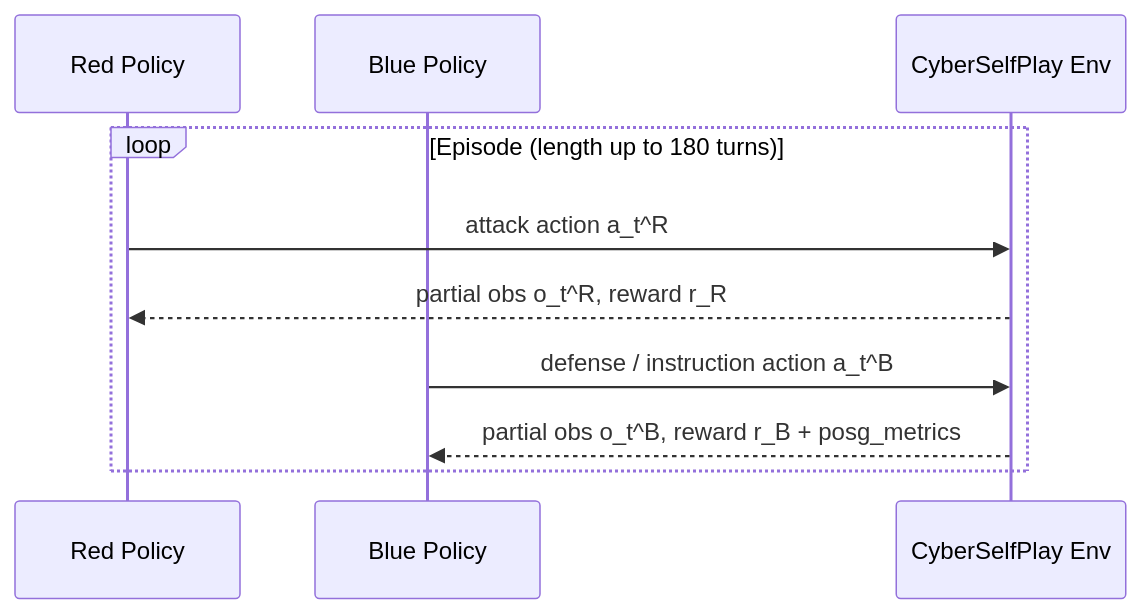
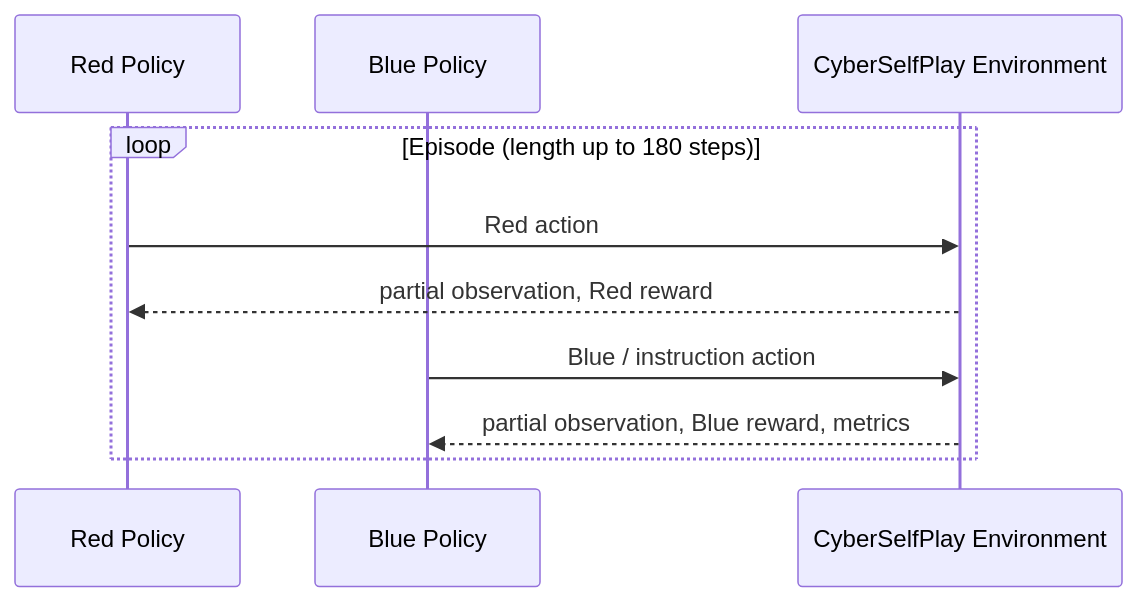
One commit to harshitnitjsr/cyberselfplay-env changed the second of 2 diagrams in README.md. Above: the diagram before and after it, drawn with Mermaid. The commit also changed other lines of this file and 2 other files, not shown here.

Commit message:
cyberselfplay-env

````diff
--- a/README.md
+++ b/README.md
@@ -116,12 +289,12 @@
 ```mermaid
 sequenceDiagram
     participant Red as Red Policy
     participant Blue as Blue Policy
-    participant Env as CyberSelfPlay Env
-    loop Episode (length up to 180 turns)
-        Red ->> Env: attack action a_t^R
-        Env -->> Red: partial obs o_t^R, reward r_R
-        Blue ->> Env: defense / instruction action a_t^B
-        Env -->> Blue: partial obs o_t^B, reward r_B + posg_metrics
+    participant Env as CyberSelfPlay Environment
+    loop Episode (length up to 180 steps)
+        Red ->> Env: Red action
+        Env -->> Red: partial observation, Red reward
+        Blue ->> Env: Blue / instruction action
+        Env -->> Blue: partial observation, Blue reward, metrics
     end
 ```
````
